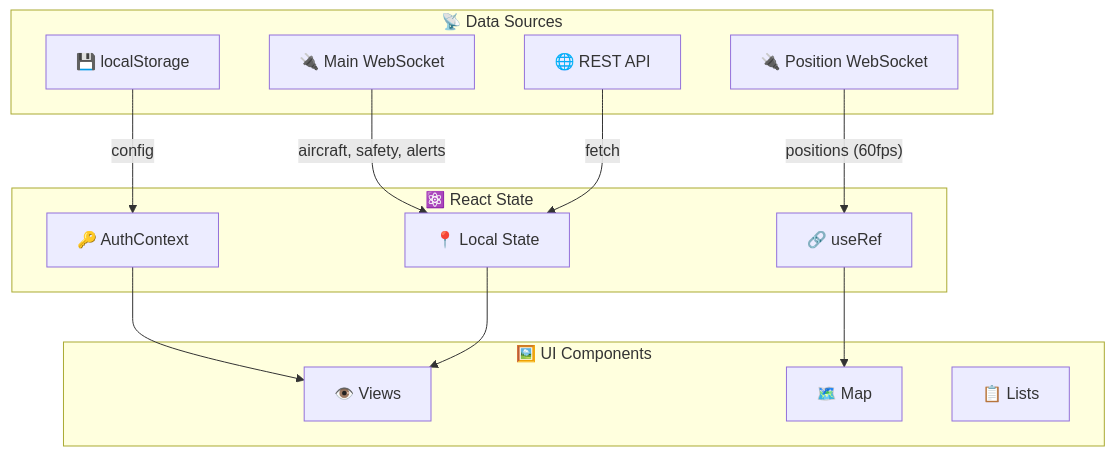
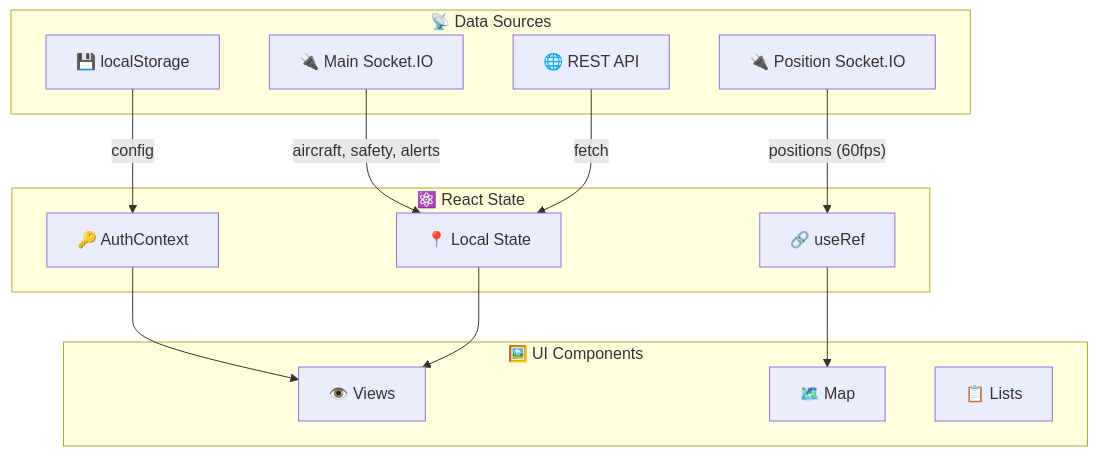
One commit to CHA0S-CORP/SkySpy changed the seventh of 10 diagrams in docs/08-frontend.md. Above: the diagram before and after it, drawn with Mermaid. The commit also changed other lines of this file and 18 other files, not shown here.

````diff
--- a/docs/08-frontend.md
+++ b/docs/08-frontend.md
@@ -331,30 +331,30 @@
 ```mermaid
 flowchart TB
     subgraph Sources["📡 Data Sources"]
-        WS1["🔌 Main WebSocket"]
-        WS2["🔌 Position WebSocket"]
+        WS1["🔌 Main Socket.IO"]
+        WS2["🔌 Position Socket.IO"]
         API["🌐 REST API"]
         LS["💾 localStorage"]
     end
 
     subgraph State["⚛️ React State"]
         Context["🔑 AuthContext"]
         Local["📍 Local State"]
         Ref["🔗 useRef"]
     end
 
     subgraph UI["🖼️ UI Components"]
         Views["👁️ Views"]
         Map["🗺️ Map"]
         Lists["📋 Lists"]
     end
 
     WS1 -->|"aircraft, safety, alerts"| Local
     WS2 -->|"positions (60fps)"| Ref
     API -->|"fetch"| Local
     LS -->|"config"| Context
 
     Context --> Views
     Local --> Views
     Ref --> Map
 ```
````
